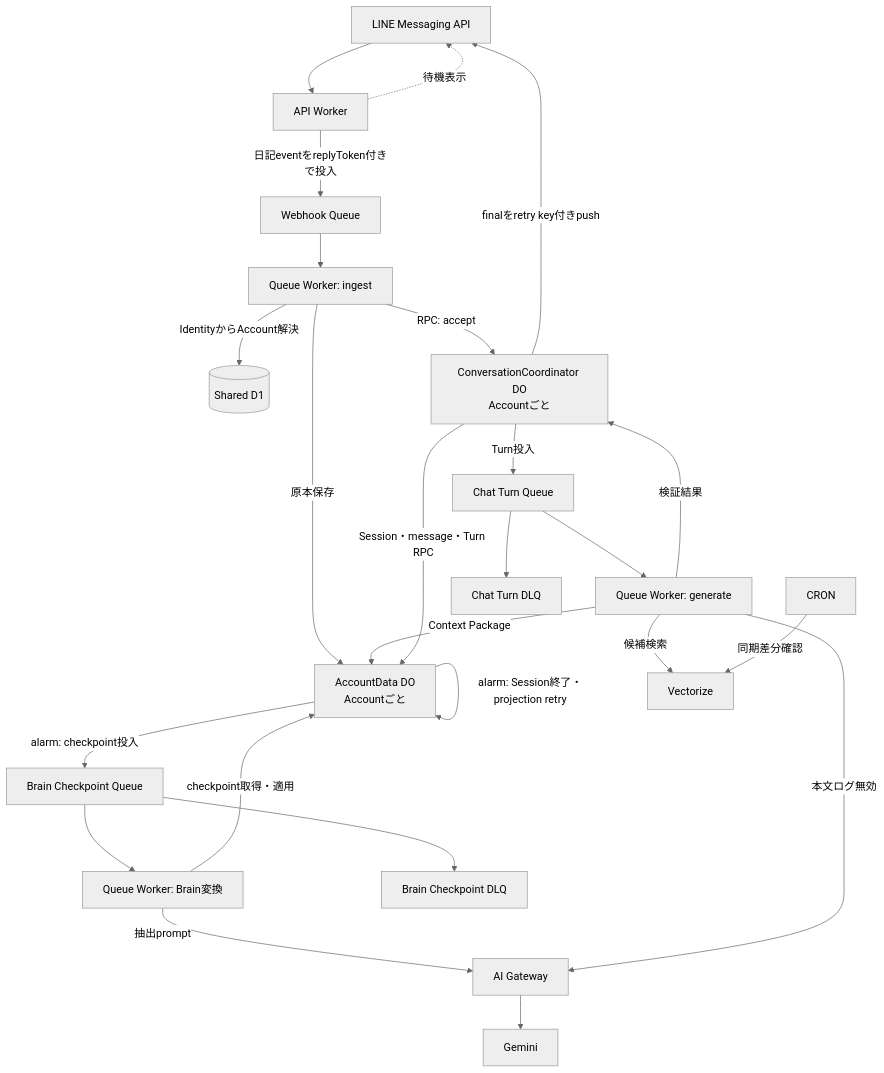
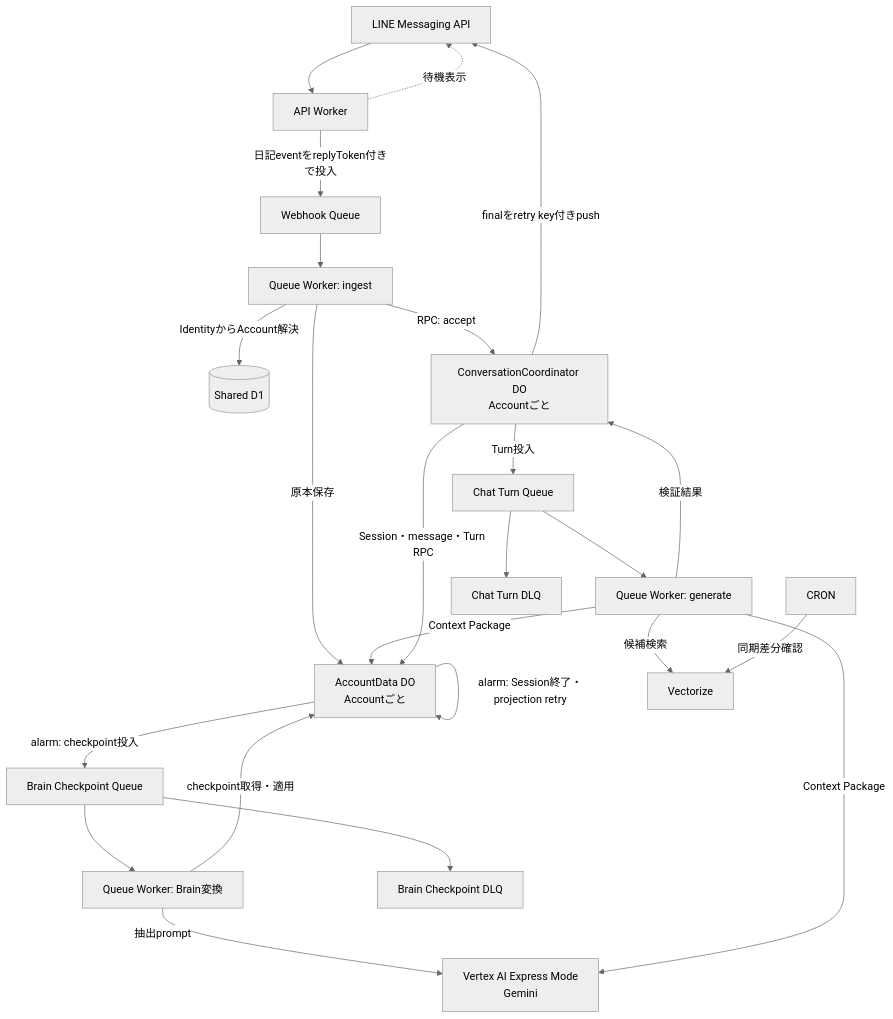
One commit to kkyosuke/me-builder changed the first of 8 diagrams in docs/architecture/diary-chat-implementation-design.md. Above: the diagram before and after it, drawn with Mermaid (neutral theme). The commit also changed other lines of this file and 31 other files, not shown here.

````diff
--- a/docs/architecture/diary-chat-implementation-design.md
+++ b/docs/architecture/diary-chat-implementation-design.md
@@ -51,27 +51,26 @@
 ```mermaid
 flowchart TD
     LINE[LINE Messaging API] --> API[API Worker]
     API -->|日記eventをreplyToken付きで投入| WQ[Webhook Queue]
     API -.->|待機表示| LINE
     WQ --> IW[Queue Worker: ingest]
     IW -->|IdentityからAccount解決| D1[(Shared D1)]
     IW -->|原本保存| AD[AccountData DO<br/>Accountごと]
     IW -->|RPC: accept| DO[ConversationCoordinator DO<br/>Accountごと]
     DO -->|Turn投入| TQ[Chat Turn Queue]
     TQ --> GW[Queue Worker: generate]
     AD -->|alarm: checkpoint投入| BQ[Brain Checkpoint Queue]
     BQ --> BW[Queue Worker: Brain変換]
     BW -->|checkpoint取得・適用| AD
-    BW -->|抽出prompt| AIG
+    BW -->|抽出prompt| GEMINI
     GW -->|Context Package| AD
     GW -->|候補検索| V[Vectorize]
-    GW -->|本文ログ無効| AIG[AI Gateway]
-    AIG --> GEMINI[Gemini]
+    GW -->|Context Package| GEMINI[Vertex AI Express Mode<br/>Gemini]
     GW -->|検証結果| DO
     DO -->|finalをretry key付きpush| LINE
     DO -->|Session・message・Turn RPC| AD
     AD -->|alarm: Session終了・projection retry| AD
     CRON -->|同期差分確認| V
     TQ --> DLQ[Chat Turn DLQ]
     BQ --> BDLQ[Brain Checkpoint DLQ]
 ```
````
